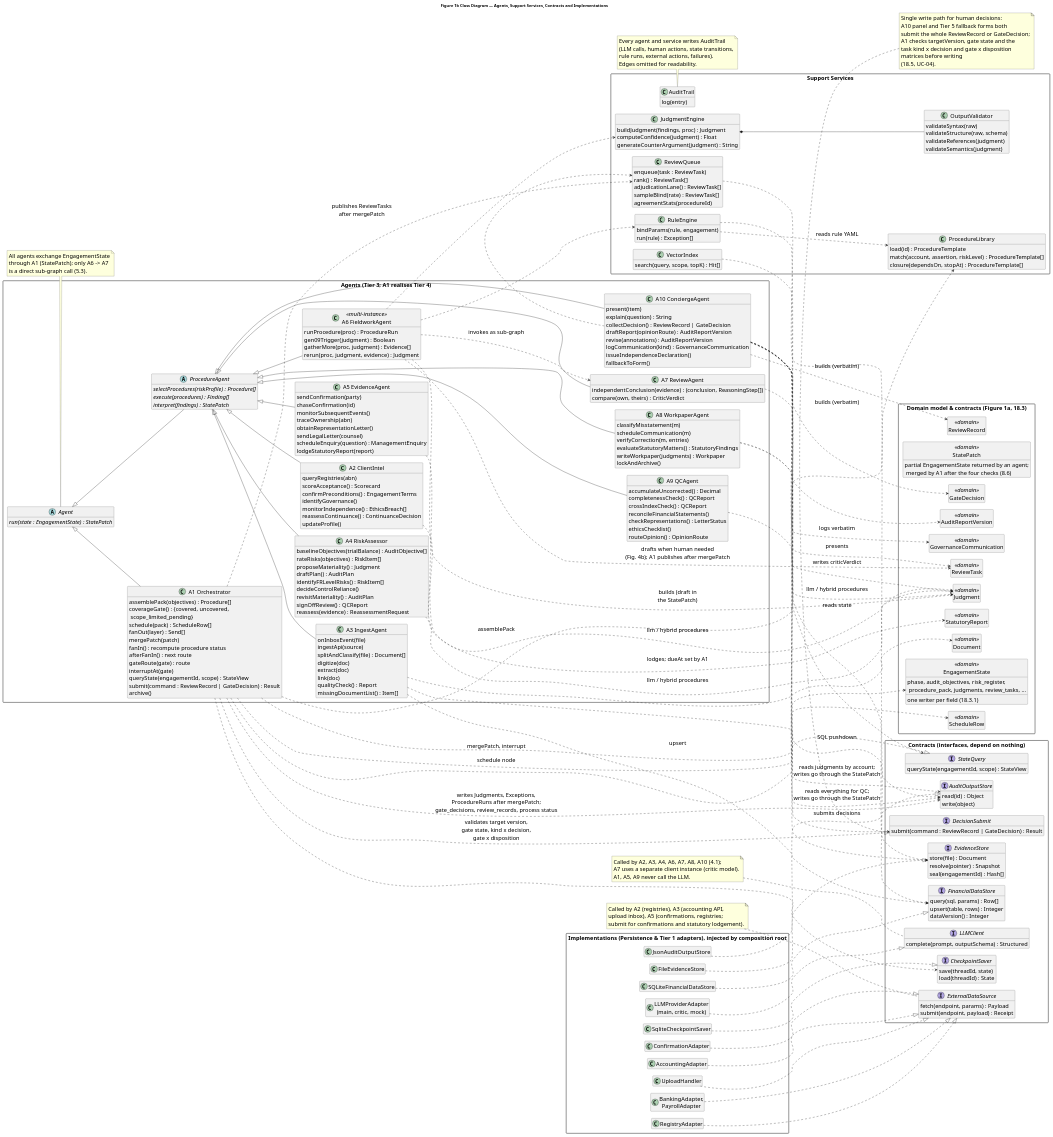
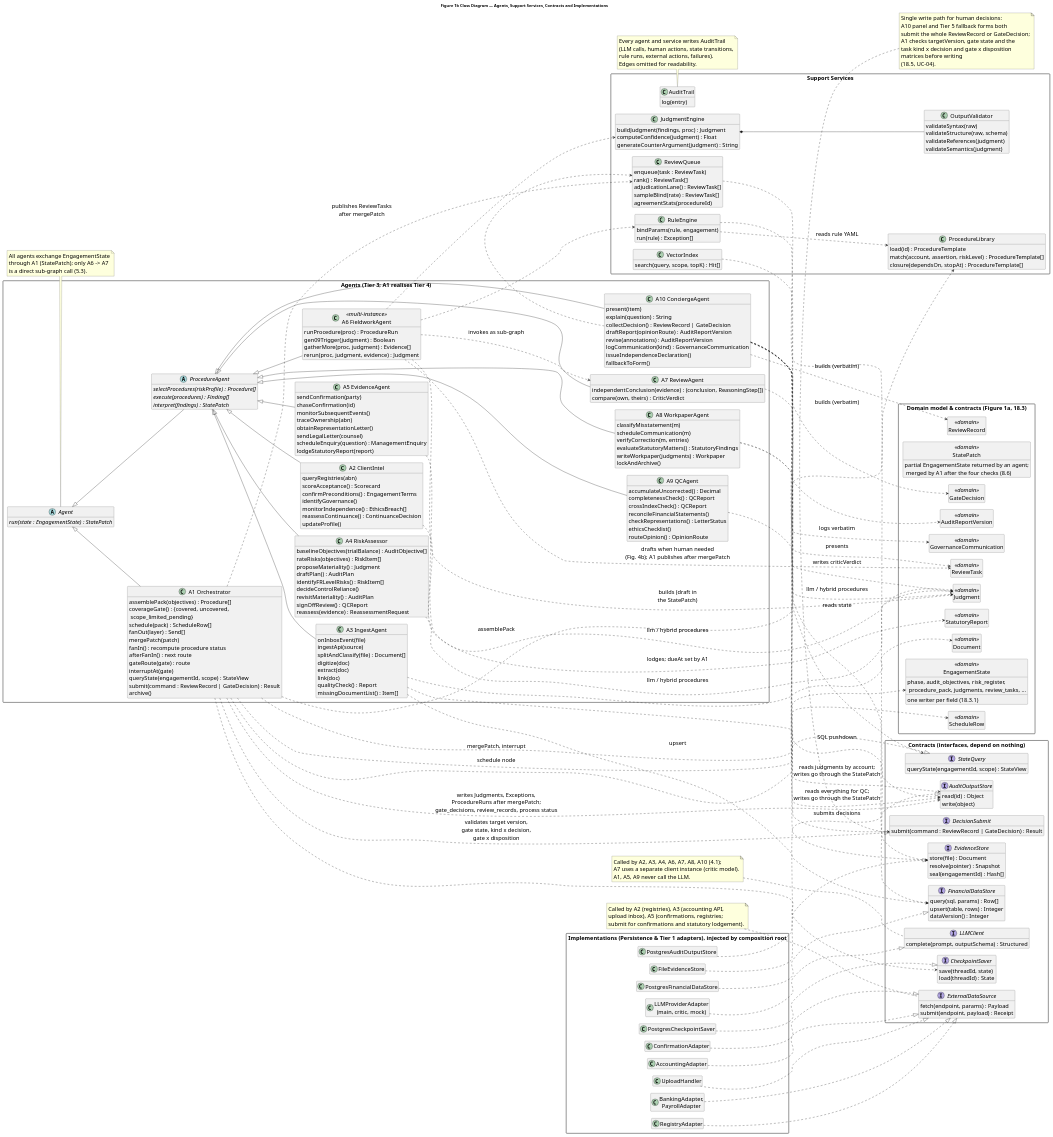
The diagram in diagrams/class_agents.puml (SilverHim/audit-agent), drawn with PlantUML before and after one commit. The commit also changed 203 other files, not shown here.

```diff
--- a/diagrams/class_agents.puml
+++ b/diagrams/class_agents.puml
@@ -188,10 +188,10 @@
 
 ' ================= Implementations (Persistence & Tier 1 adapters) =================
 package "Implementations (Persistence & Tier 1 adapters), injected by composition root" as P9 {
-  class SQLiteFinancialDataStore
-  class JsonAuditOutputStore
+  class PostgresFinancialDataStore
+  class PostgresAuditOutputStore
   class FileEvidenceStore
-  class SqliteCheckpointSaver
+  class PostgresCheckpointSaver
   class "LLMProviderAdapter\n(main, critic, mock)" as LLMA
   class AccountingAdapter
   class UploadHandler
@@ -235,10 +235,10 @@
 
 A1 ..|> StateQuery
 A1 ..|> DecisionSubmit : validates target version,\ngate state, kind x decision,\ngate x disposition
-SQLiteFinancialDataStore ..|> FinancialDataStore
-JsonAuditOutputStore ..|> AuditOutputStore
+PostgresFinancialDataStore ..|> FinancialDataStore
+PostgresAuditOutputStore ..|> AuditOutputStore
 FileEvidenceStore ..|> EvidenceStore
-SqliteCheckpointSaver ..|> CheckpointSaver
+PostgresCheckpointSaver ..|> CheckpointSaver
 LLMA ..|> LLMClient
 AccountingAdapter ..|> ExternalDataSource
 UploadHandler ..|> ExternalDataSource
@@ -324,5 +324,5 @@
 A5 -[hidden]down- A10
 Agent -[hidden]down- ProcedureLibrary
 ReviewQueue -[hidden]down- StateQuery
-FinancialDataStore -[hidden]down- SQLiteFinancialDataStore
+FinancialDataStore -[hidden]down- PostgresFinancialDataStore
 @enduml
```
